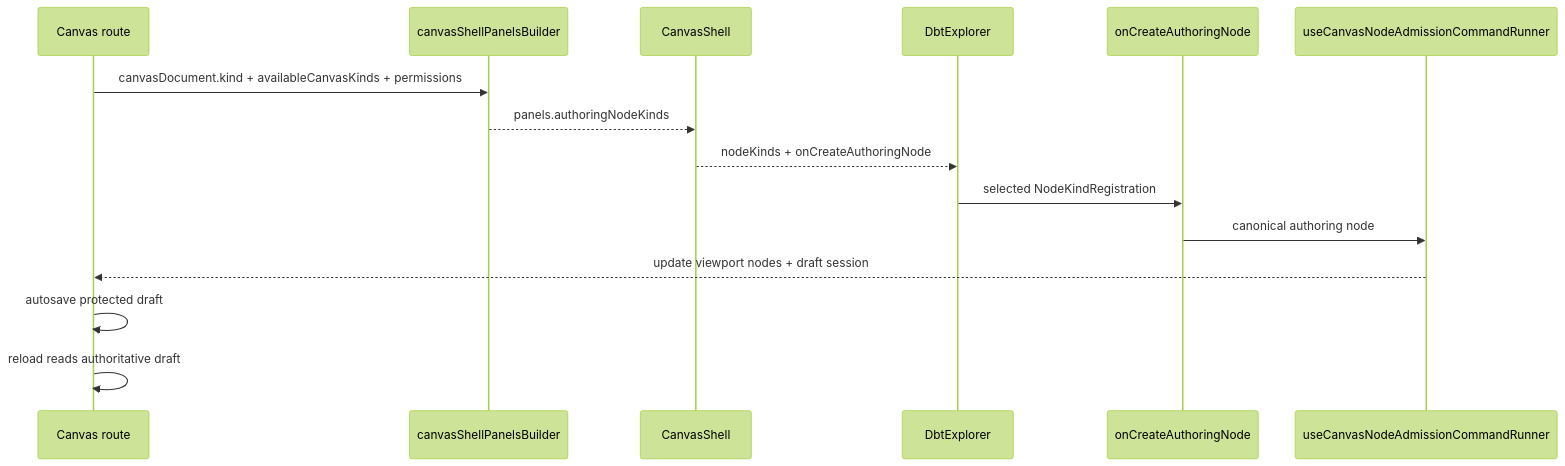
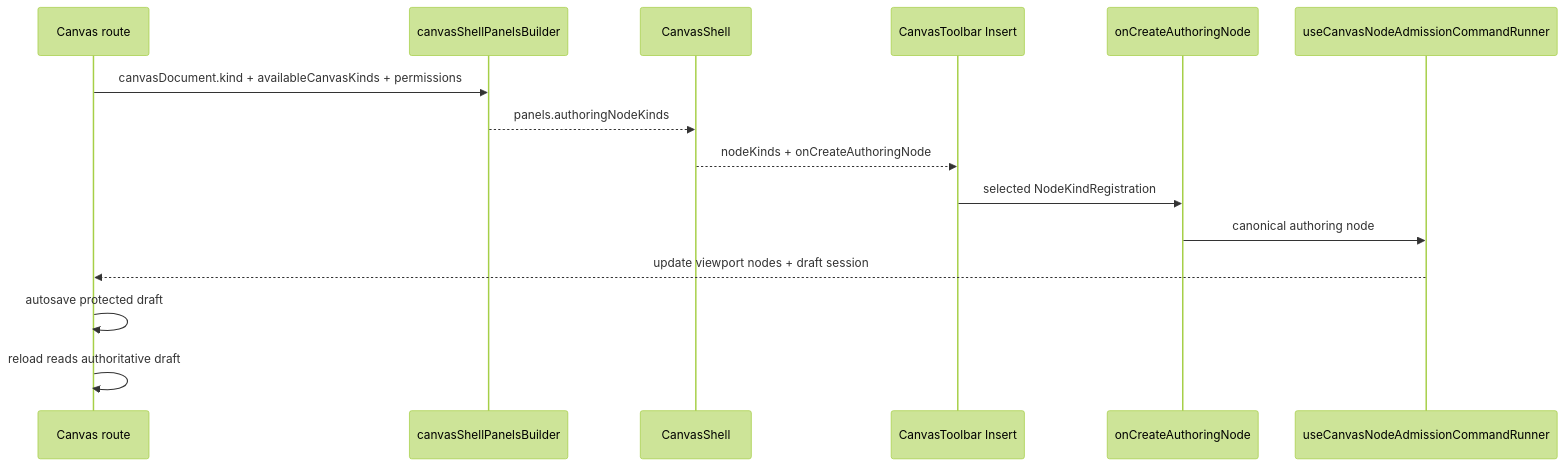
Before and after one commit to dunay2/dvt: the second of 2 diagrams in docs/architecture/components/web/graph/canvas-ready-node-authoring-entrypoint-component.md, drawn with Mermaid (forest theme). The commit also changed other lines of this file and 30 other files, not shown here.

Commit message:
feat(web): Add canvas workspace explorer

````diff
--- a/docs/architecture/components/web/graph/canvas-ready-node-authoring-entrypoint-component.md
+++ b/docs/architecture/components/web/graph/canvas-ready-node-authoring-entrypoint-component.md
@@ -87,18 +92,18 @@
 ```mermaid
 sequenceDiagram
   participant Route as Canvas route
   participant Builder as canvasShellPanelsBuilder
   participant Shell as CanvasShell
-  participant Explorer as DbtExplorer
+  participant Insert as CanvasToolbar Insert
   participant Command as onCreateAuthoringNode
   participant Admission as useCanvasNodeAdmissionCommandRunner
 
   Route->>Builder: canvasDocument.kind + availableCanvasKinds + permissions
   Builder-->>Shell: panels.authoringNodeKinds
-  Shell-->>Explorer: nodeKinds + onCreateAuthoringNode
-  Explorer->>Command: selected NodeKindRegistration
+  Shell-->>Insert: nodeKinds + onCreateAuthoringNode
+  Insert->>Command: selected NodeKindRegistration
   Command->>Admission: canonical authoring node
   Admission-->>Route: update viewport nodes + draft session
   Route->>Route: autosave protected draft
   Route->>Route: reload reads authoritative draft
 ```
````
